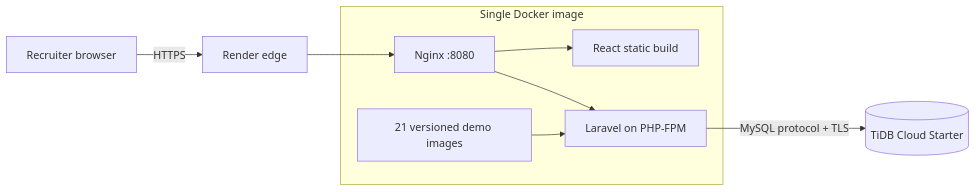
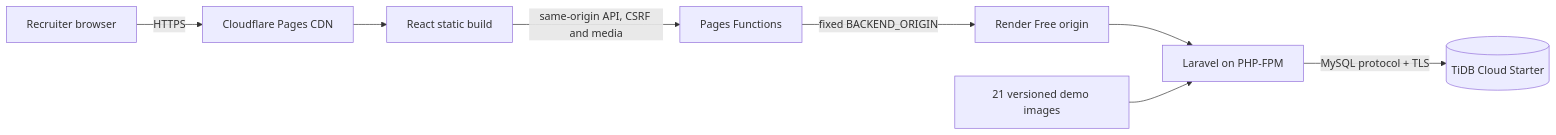
One commit to 5eef/YaZoo changed the second of 2 diagrams in README.md. Above: the diagram before and after it, drawn with Mermaid. The commit also changed other lines of this file and 36 other files, not shown here.

Commit message:
feat: split showcase frontend onto Cloudflare Pages

````diff
--- a/README.md
+++ b/README.md
@@ -128,11 +128,10 @@
 ```mermaid
 flowchart LR
-    V[Recruiter browser] -->|HTTPS| E[Render edge]
-    E --> N2
-    subgraph BOX[Single Docker image]
-      N2[Nginx :8080] --> SPA[React static build]
-      N2 --> PHP[Laravel on PHP-FPM]
-      I[21 versioned demo images] --> PHP
-    end
+    V[Recruiter browser] -->|HTTPS| C[Cloudflare Pages CDN]
+    C --> SPA[React static build]
+    SPA -->|same-origin API, CSRF and media| F[Pages Functions]
+    F -->|fixed BACKEND_ORIGIN| R[Render Free origin]
+    R --> PHP[Laravel on PHP-FPM]
+    I[21 versioned demo images] --> PHP
     PHP -->|MySQL protocol + TLS| T[(TiDB Cloud Starter)]
 ```
````
